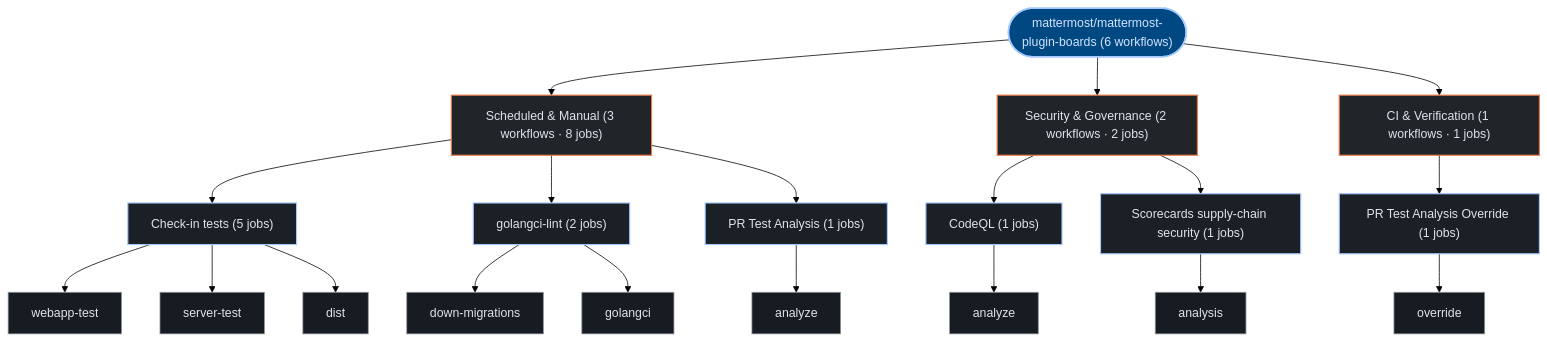
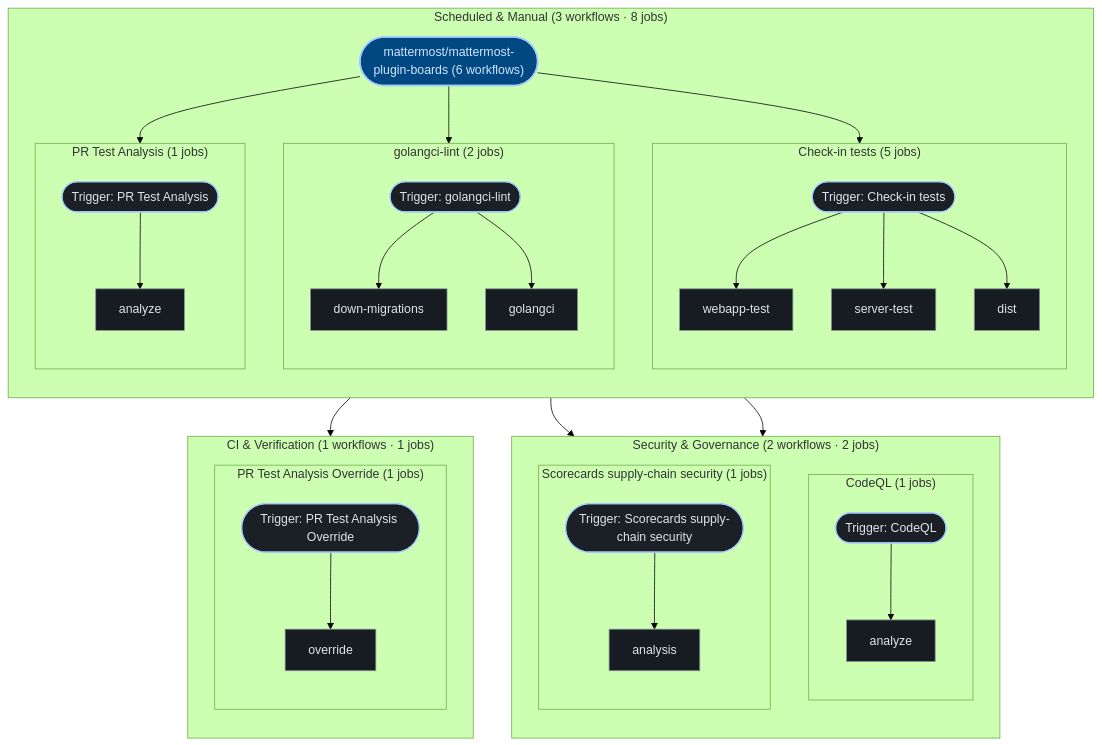
Before and after one commit to kumarshaz/atruss-code-atlas: the third of 3 diagrams in exports/latest/reports/mattermost-mattermost-plugin-boards-report.md, drawn with Mermaid (forest theme). The commit also changed 181 other files, not shown here.

````diff
--- a/exports/latest/reports/mattermost-mattermost-plugin-boards-report.md
+++ b/exports/latest/reports/mattermost-mattermost-plugin-boards-report.md
@@ -237,47 +237,68 @@
 ```mermaid
 graph TD;
   classDef atlasRoot fill:#004882,stroke:#a3c9ff,stroke-width:2px,color:#d3e4ff
   classDef atlasCategory fill:#212428,stroke:#E87A48,stroke-width:1.5px,color:#dfe3eb
   classDef atlasWorkflow fill:#1b2026,stroke:#a3c9ff,stroke-width:1.5px,color:#dfe3eb
   classDef atlasJob fill:#171c22,stroke:#8d9199,stroke-width:1px,color:#dfe3eb
   classDef atlasTarget fill:#005227,stroke:#8bd99b,stroke-width:1.5px,color:#a7f6b6
   classDef atlasAlert fill:#93000a,stroke:#ffb4ab,stroke-width:1.5px,color:#ffdad6
   classDef atlasMore fill:#252a31,stroke:#8d9199,stroke-dasharray:4 4,color:#c3c6cf
   pipeline_root(["mattermost/mattermost-plugin-boards (6 workflows)"]):::atlasRoot
-  grp_0_Scheduled___Manual["Scheduled & Manual (3 workflows · 8 jobs)"]:::atlasCategory
-  pipeline_root --> grp_0_Scheduled___Manual
-  wf_0_Check_in_tests["Check-in tests (5 jobs)"]:::atlasWorkflow
-  grp_0_Scheduled___Manual --> wf_0_Check_in_tests
-  job_0_webapp_test["webapp-test"]:::atlasJob
-  job_0_server_test["server-test"]:::atlasJob
-  job_0_dist["dist"]:::atlasJob
-  wf_0_Check_in_tests --> job_0_webapp_test
-  wf_0_Check_in_tests --> job_0_server_test
-  wf_0_Check_in_tests --> job_0_dist
-  wf_2_golangci_lint["golangci-lint (2 jobs)"]:::atlasWorkflow
-  grp_0_Scheduled___Manual --> wf_2_golangci_lint
-  job_2_down_migrations["down-migrations"]:::atlasJob
-  job_2_golangci["golangci"]:::atlasJob
-  wf_2_golangci_lint --> job_2_down_migrations
-  wf_2_golangci_lint --> job_2_golangci
-  wf_4_PR_Test_Analysis["PR Test Analysis (1 jobs)"]:::atlasWorkflow
-  grp_0_Scheduled___Manual --> wf_4_PR_Test_Analysis
-  job_4_analyze["analyze"]:::atlasJob
-  wf_4_PR_Test_Analysis --> job_4_analyze
-  grp_1_Security___Governance["Security & Governance (2 workflows · 2 jobs)"]:::atlasCategory
-  pipeline_root --> grp_1_Security___Governance
-  wf_1_CodeQL["CodeQL (1 jobs)"]:::atlasWorkflow
-  grp_1_Security___Governance --> wf_1_CodeQL
-  job_1_analyze["analyze"]:::atlasJob
-  wf_1_CodeQL --> job_1_analyze
-  wf_5_Scorecards_supply_chain_security["Scorecards supply-chain security (1 jobs)"]:::atlasWorkflow
-  grp_1_Security___Governance --> wf_5_Scorecards_supply_chain_security
-  job_5_analysis["analysis"]:::atlasJob
-  wf_5_Scorecards_supply_chain_security --> job_5_analysis
-  grp_2_CI___Verification["CI & Verification (1 workflows · 1 jobs)"]:::atlasCategory
-  pipeline_root --> grp_2_CI___Verification
-  wf_3_PR_Test_Analysis_Override["PR Test Analysis Override (1 jobs)"]:::atlasWorkflow
-  grp_2_CI___Verification --> wf_3_PR_Test_Analysis_Override
-  job_3_override["override"]:::atlasJob
-  wf_3_PR_Test_Analysis_Override --> job_3_override
+  subgraph sg_grp_0_Scheduled___Manual["Scheduled & Manual (3 workflows · 8 jobs)"]
+    direction TB
+    subgraph sg_wf_0_Check_in_tests["Check-in tests (5 jobs)"]
+      direction TB
+      wf_0_Check_in_tests(["Trigger: Check-in tests"]):::atlasWorkflow
+      job_0_webapp_test["webapp-test"]:::atlasJob
+      job_0_server_test["server-test"]:::atlasJob
+      job_0_dist["dist"]:::atlasJob
+      wf_0_Check_in_tests --> job_0_webapp_test
+      wf_0_Check_in_tests --> job_0_server_test
+      wf_0_Check_in_tests --> job_0_dist
+    end
+    pipeline_root --> wf_0_Check_in_tests
+    subgraph sg_wf_2_golangci_lint["golangci-lint (2 jobs)"]
+      direction TB
+      wf_2_golangci_lint(["Trigger: golangci-lint"]):::atlasWorkflow
+      job_2_down_migrations["down-migrations"]:::atlasJob
+      job_2_golangci["golangci"]:::atlasJob
+      wf_2_golangci_lint --> job_2_down_migrations
+      wf_2_golangci_lint --> job_2_golangci
+    end
+    pipeline_root --> wf_2_golangci_lint
+    subgraph sg_wf_4_PR_Test_Analysis["PR Test Analysis (1 jobs)"]
+      direction TB
+      wf_4_PR_Test_Analysis(["Trigger: PR Test Analysis"]):::atlasWorkflow
+      job_4_analyze["analyze"]:::atlasJob
+      wf_4_PR_Test_Analysis --> job_4_analyze
+    end
+    pipeline_root --> wf_4_PR_Test_Analysis
+  end
+  subgraph sg_grp_1_Security___Governance["Security & Governance (2 workflows · 2 jobs)"]
+    direction TB
+    subgraph sg_wf_1_CodeQL["CodeQL (1 jobs)"]
+      direction TB
+      wf_1_CodeQL(["Trigger: CodeQL"]):::atlasWorkflow
+      job_1_analyze["analyze"]:::atlasJob
+      wf_1_CodeQL --> job_1_analyze
+    end
+    pipeline_root --> wf_1_CodeQL
+    subgraph sg_wf_5_Scorecards_supply_chain_security["Scorecards supply-chain security (1 jobs)"]
+      direction TB
+      wf_5_Scorecards_supply_chain_security(["Trigger: Scorecards supply-chain security"]):::atlasWorkflow
+      job_5_analysis["analysis"]:::atlasJob
+      wf_5_Scorecards_supply_chain_security --> job_5_analysis
+    end
+    pipeline_root --> wf_5_Scorecards_supply_chain_security
+  end
+  subgraph sg_grp_2_CI___Verification["CI & Verification (1 workflows · 1 jobs)"]
+    direction TB
+    subgraph sg_wf_3_PR_Test_Analysis_Override["PR Test Analysis Override (1 jobs)"]
+      direction TB
+      wf_3_PR_Test_Analysis_Override(["Trigger: PR Test Analysis Override"]):::atlasWorkflow
+      job_3_override["override"]:::atlasJob
+      wf_3_PR_Test_Analysis_Override --> job_3_override
+    end
+    pipeline_root --> wf_3_PR_Test_Analysis_Override
+  end
 ```
````
